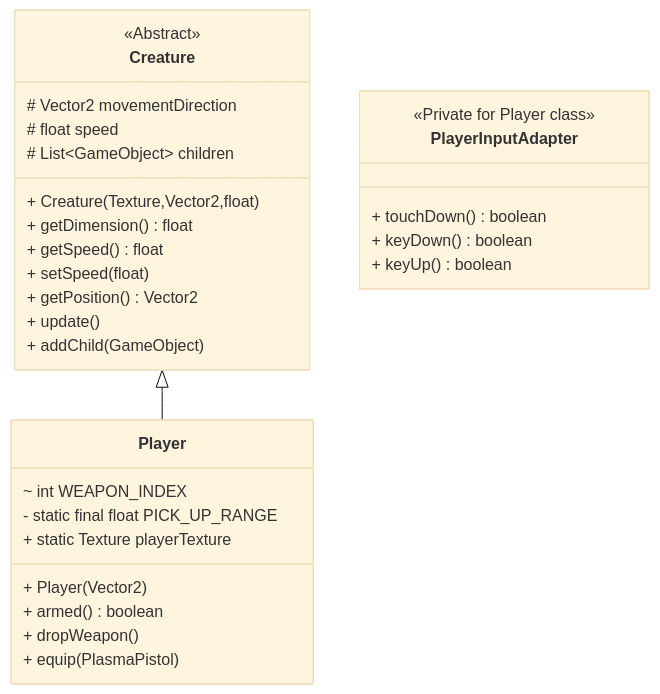
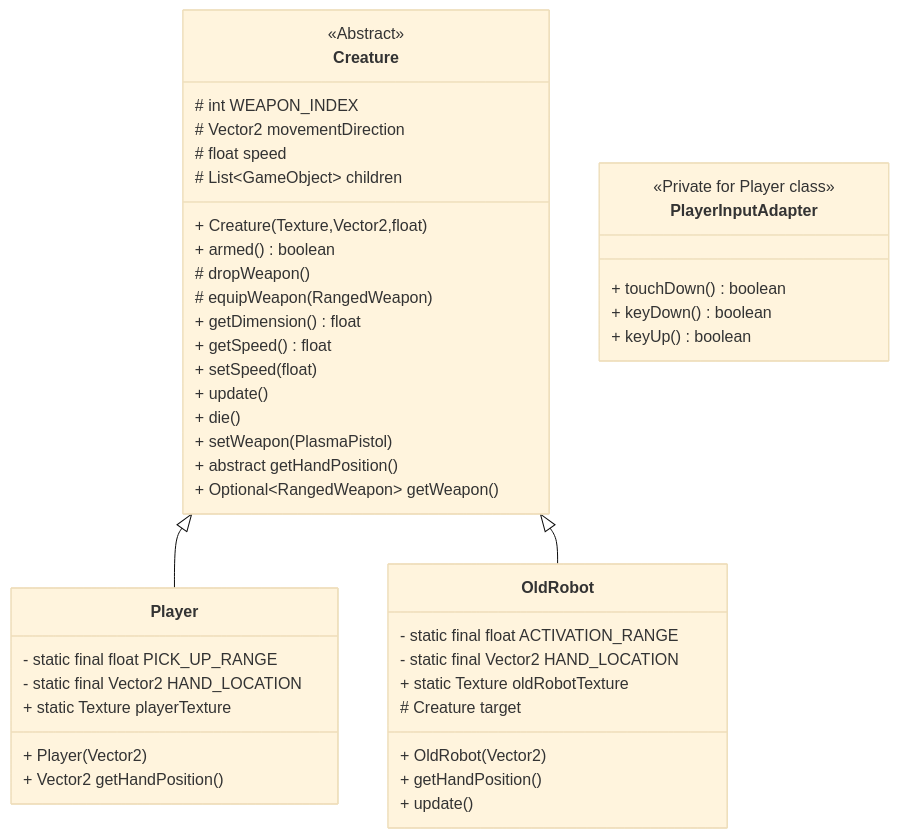
One commit to StrangeClone/PixelStars changed the diagram in core/src/com/pixelstar/gameobject/creature/README.md. Above: the diagram before and after it, drawn with Mermaid (base theme). The commit also changed 15 other files, not shown here.

````diff
--- a/core/src/com/pixelstar/gameobject/creature/README.md
+++ b/core/src/com/pixelstar/gameobject/creature/README.md
@@ -6,32 +6,46 @@
 ```mermaid
 classDiagram
 class Creature {
     <<Abstract>>
+    # int WEAPON_INDEX
     # Vector2 movementDirection
     # float speed
     # List~GameObject~ children
     + Creature(Texture,Vector2,float)
+    + armed() boolean
+    # dropWeapon()
+    # equipWeapon(RangedWeapon)
     + getDimension() float
     + getSpeed() float
     + setSpeed(float)
-    + getPosition() Vector2
     + update()
-    + addChild(GameObject)
+    + die()
+    + setWeapon(PlasmaPistol)
+    + abstract getHandPosition()
+    + Optional~RangedWeapon~ getWeapon()
 }
 class Player {
-    ~ int WEAPON_INDEX
     - static final float PICK_UP_RANGE
+    - static final Vector2 HAND_LOCATION
     + static Texture playerTexture
     + Player(Vector2)
-    + armed() boolean
-    + dropWeapon()
-    + equip(PlasmaPistol)
+    + Vector2 getHandPosition()
 }
 Creature <|-- Player
 class PlayerInputAdapter {
     <<Private for Player class>>
     + touchDown() boolean
     + keyDown() boolean
     + keyUp() boolean
 }
+class OldRobot {
+    - static final float ACTIVATION_RANGE
+    - static final Vector2 HAND_LOCATION
+    + static Texture oldRobotTexture
+    # Creature target
+    + OldRobot(Vector2)
+    + getHandPosition()
+    + update()
+}
+Creature <|-- OldRobot
 ```
````
